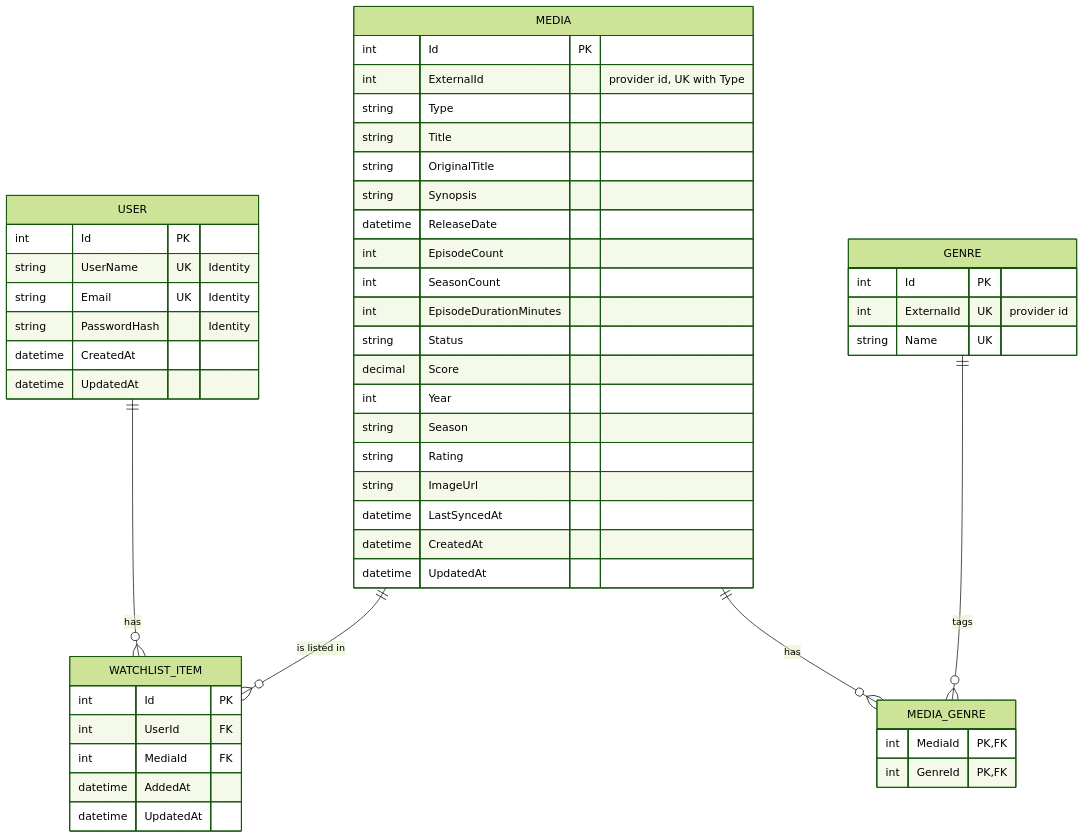
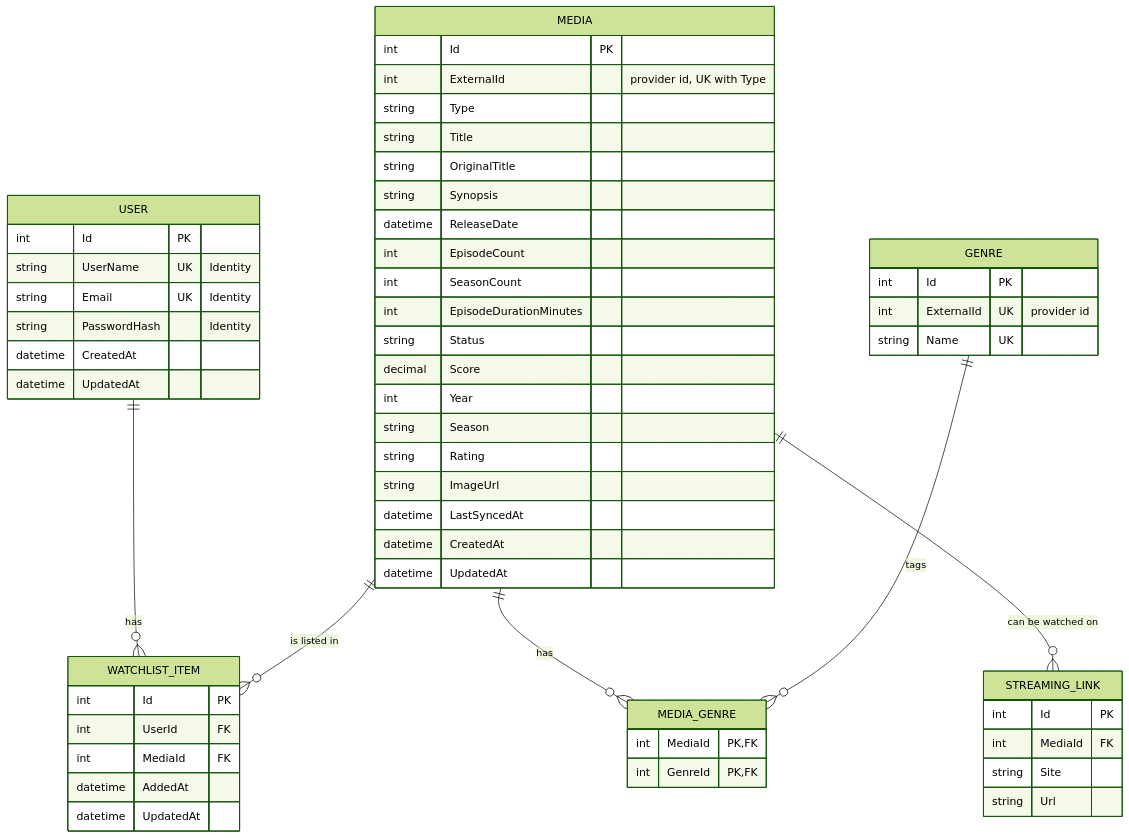
The diagram in docs/DATA_MODEL.md (AlexandreFournier1/WhatchaWatching), drawn with Mermaid (forest theme) before and after one commit. The commit also changed other lines of this file and 25 other files, not shown here.

````diff
--- a/docs/DATA_MODEL.md
+++ b/docs/DATA_MODEL.md
@@ -9,53 +9,60 @@
 ```mermaid
 erDiagram
     USER ||--o{ WATCHLIST_ITEM : has
     MEDIA ||--o{ WATCHLIST_ITEM : "is listed in"
     MEDIA ||--o{ MEDIA_GENRE : has
+    MEDIA ||--o{ STREAMING_LINK : "can be watched on"
     GENRE ||--o{ MEDIA_GENRE : "tags"
 
     USER {
         int Id PK
         string UserName UK "Identity"
         string Email UK "Identity"
         string PasswordHash "Identity"
         datetime CreatedAt
         datetime UpdatedAt
     }
     MEDIA {
         int Id PK
         int ExternalId "provider id, UK with Type"
         string Type
         string Title
         string OriginalTitle
         string Synopsis
         datetime ReleaseDate
         int EpisodeCount
         int SeasonCount
         int EpisodeDurationMinutes
         string Status
         decimal Score
         int Year
         string Season
         string Rating
         string ImageUrl
         datetime LastSyncedAt
         datetime CreatedAt
         datetime UpdatedAt
     }
     GENRE {
         int Id PK
         int ExternalId UK "provider id"
         string Name UK
     }
+    STREAMING_LINK {
+        int Id PK
+        int MediaId FK
+        string Site
+        string Url
+    }
     MEDIA_GENRE {
         int MediaId PK, FK
         int GenreId PK, FK
     }
     WATCHLIST_ITEM {
         int Id PK
         int UserId FK
         int MediaId FK
         datetime AddedAt
         datetime UpdatedAt
     }
 ```
````
